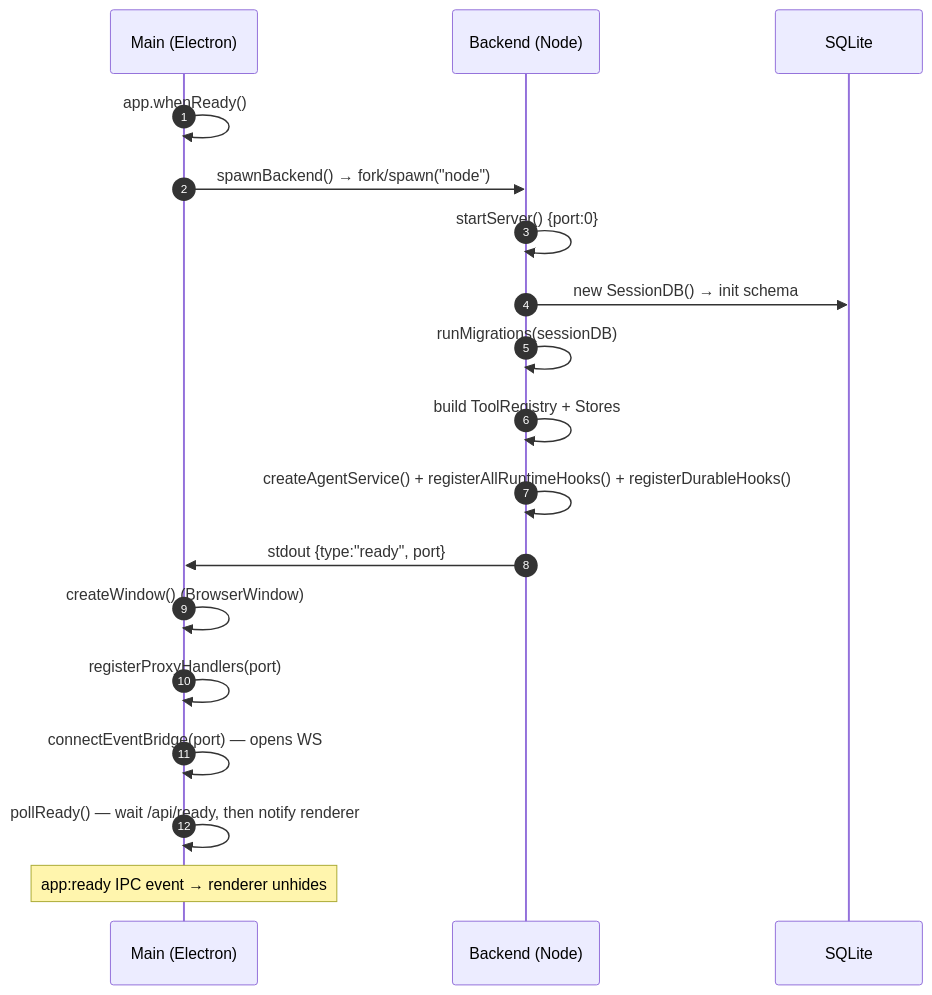
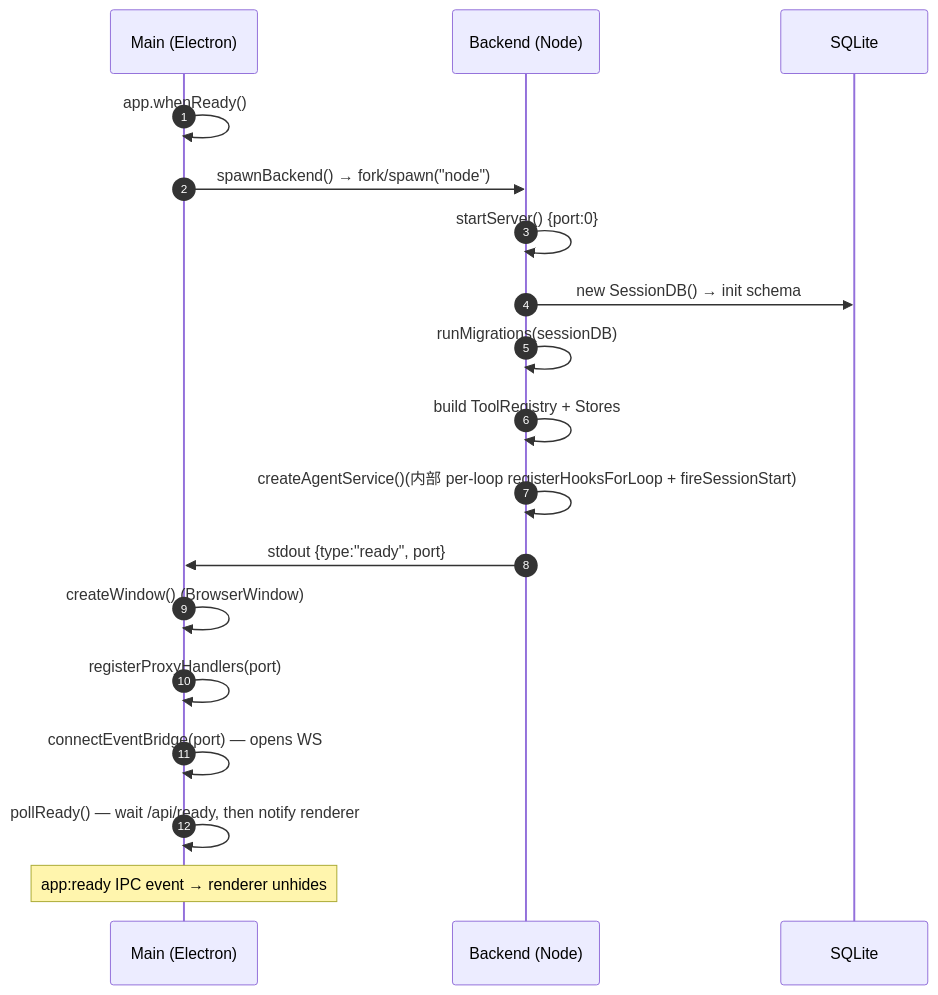
Before and after one commit to LanicBlue/zero-core: the second of 2 diagrams in docs/arch/01-system-overview.md, drawn with Mermaid. The commit also changed 7 other files, not shown here.

````diff
--- a/docs/arch/01-system-overview.md
+++ b/docs/arch/01-system-overview.md
@@ -218,21 +218,21 @@
 ```mermaid
 sequenceDiagram
     autonumber
     participant M as Main (Electron)
     participant S as Backend (Node)
     participant D as SQLite
 
     M->>M: app.whenReady()
     M->>S: spawnBackend() → fork/spawn("node")
     S->>S: startServer() {port:0}
     S->>D: new SessionDB() → init schema
     S->>S: runMigrations(sessionDB)
     S->>S: build ToolRegistry + Stores
-    S->>S: createAgentService() + registerAllRuntimeHooks() + registerDurableHooks()
+    S->>S: createAgentService()(内部 per-loop registerHooksForLoop + fireSessionStart)
     S->>M: stdout {type:"ready", port}
     M->>M: createWindow() (BrowserWindow)
     M->>M: registerProxyHandlers(port)
     M->>M: connectEventBridge(port) — opens WS
     M->>M: pollReady() — wait /api/ready, then notify renderer
     Note over M: app:ready IPC event → renderer unhides
 ```
````
